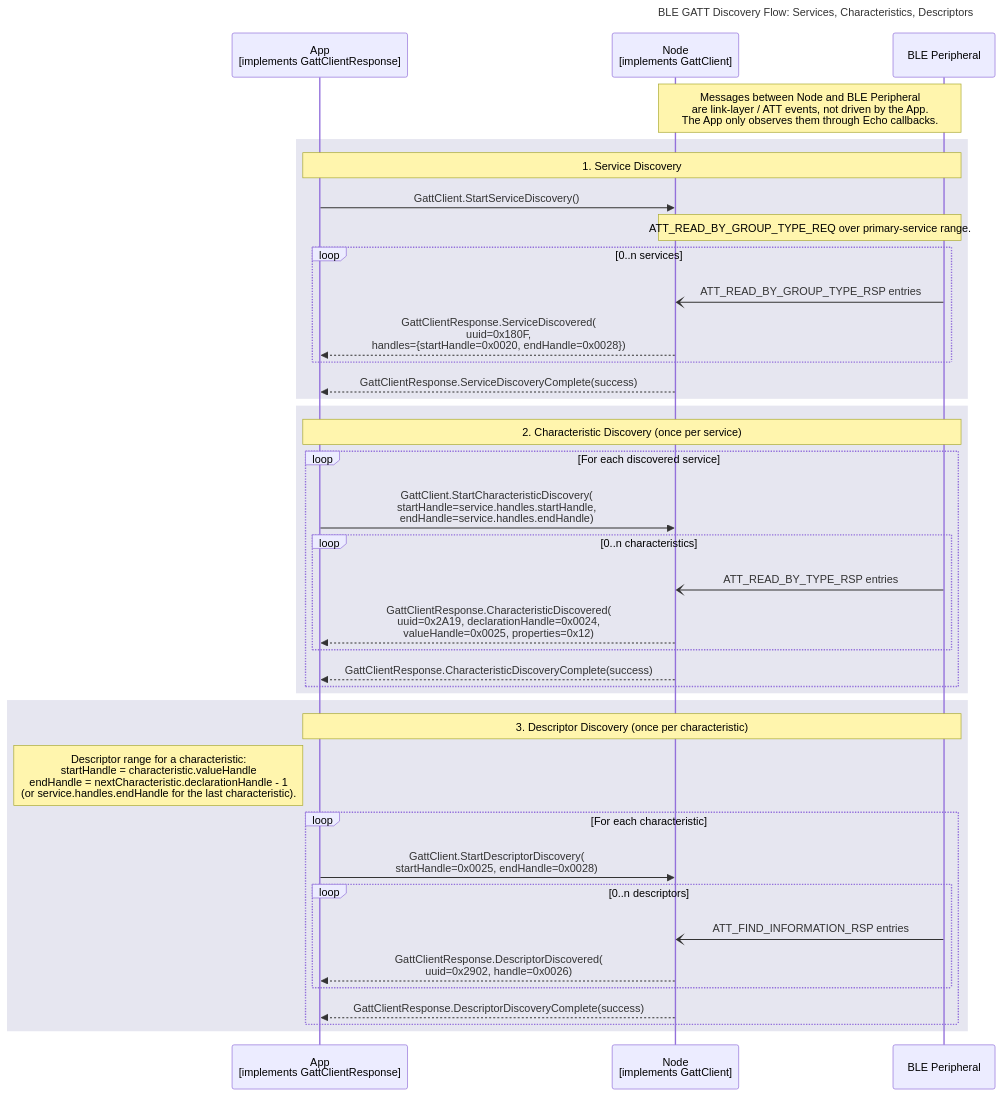
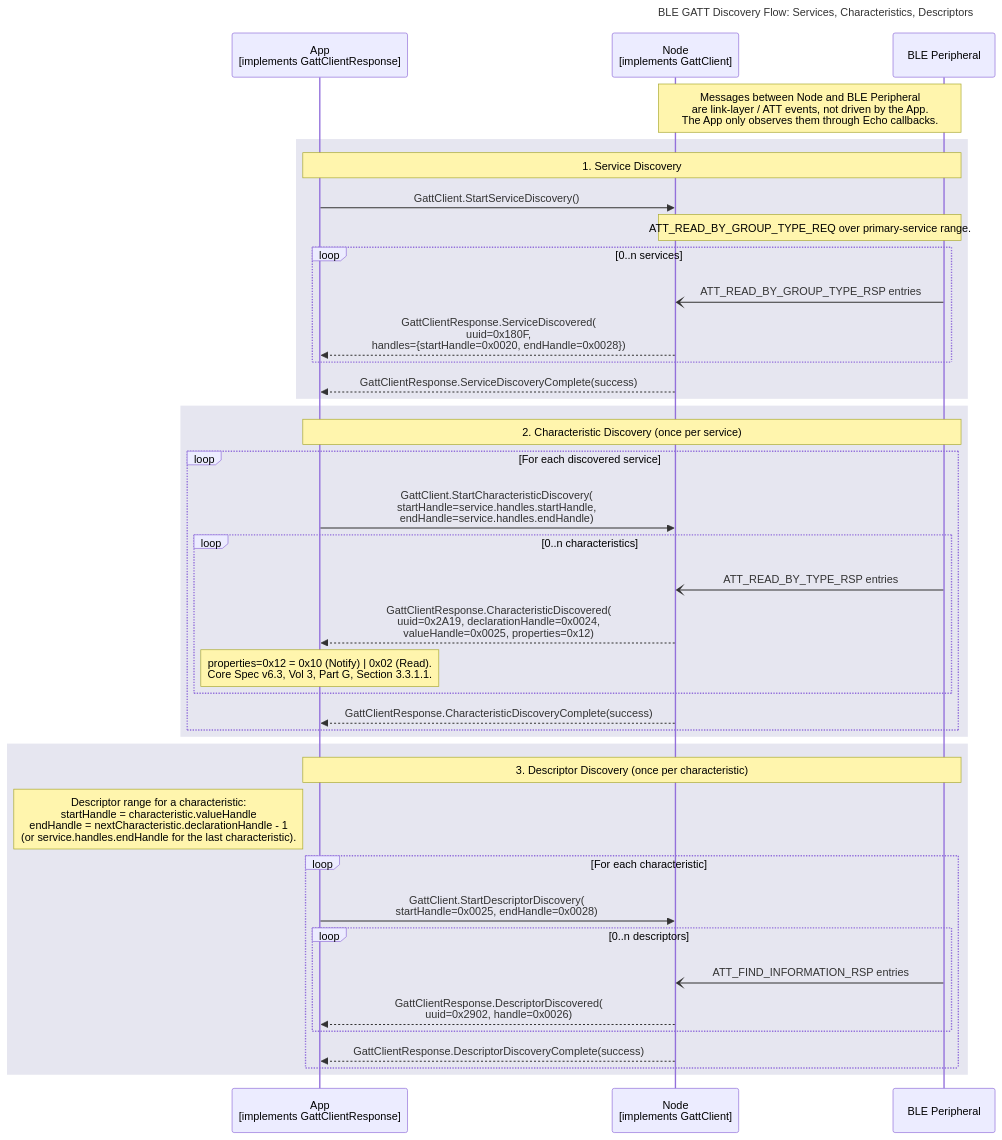
Before and after one commit to philips-software/amp-embedded-infra-lib: the diagram in documents/modules/ROOT/partials/echoservices/gatt_client/GattClient_DiscoveryFlow_sequence.mmd, drawn with Mermaid. The commit also changed 11 other files, not shown here.

```diff
--- a/documents/modules/ROOT/partials/echoservices/gatt_client/GattClient_DiscoveryFlow_sequence.mmd
+++ b/documents/modules/ROOT/partials/echoservices/gatt_client/GattClient_DiscoveryFlow_sequence.mmd
@@ -1,44 +1,45 @@
 sequenceDiagram
     title BLE GATT Discovery Flow: Services, Characteristics, Descriptors
 
     participant App as App<br>[implements GattClientResponse]
     participant Node as Node<br>[implements GattClient]
     participant Peripheral as BLE Peripheral
 
     Note over Node, Peripheral: Messages between Node and BLE Peripheral<br>are link-layer / ATT events, not driven by the App.<br>The App only observes them through Echo callbacks.
 
     rect rgb(230, 230, 240)
         note over App, Peripheral: 1. Service Discovery
         App->>Node: GattClient.StartServiceDiscovery()
         Note over Node, Peripheral: ATT_READ_BY_GROUP_TYPE_REQ over primary-service range.
         loop 0..n services
             Peripheral-)Node: ATT_READ_BY_GROUP_TYPE_RSP entries
             Node-->>App: GattClientResponse.ServiceDiscovered(<br>uuid=0x180F,<br>handles={startHandle=0x0020, endHandle=0x0028})
         end
         Node-->>App: GattClientResponse.ServiceDiscoveryComplete(success)
     end
 
     rect rgb(230, 230, 240)
         note over App, Peripheral: 2. Characteristic Discovery (once per service)
         loop For each discovered service
             App->>Node: GattClient.StartCharacteristicDiscovery(<br>startHandle=service.handles.startHandle,<br>endHandle=service.handles.endHandle)
             loop 0..n characteristics
                 Peripheral-)Node: ATT_READ_BY_TYPE_RSP entries
                 Node-->>App: GattClientResponse.CharacteristicDiscovered(<br>uuid=0x2A19, declarationHandle=0x0024,<br>valueHandle=0x0025, properties=0x12)
+                note over App: properties=0x12 = 0x10 (Notify) | 0x02 (Read).<br>Core Spec v6.3, Vol 3, Part G, Section 3.3.1.1.
             end
             Node-->>App: GattClientResponse.CharacteristicDiscoveryComplete(success)
         end
     end
 
     rect rgb(230, 230, 240)
         note over App, Peripheral: 3. Descriptor Discovery (once per characteristic)
         note left of App: Descriptor range for a characteristic:<br>startHandle = characteristic.valueHandle<br>endHandle = nextCharacteristic.declarationHandle - 1<br>(or service.handles.endHandle for the last characteristic).
         loop For each characteristic
             App->>Node: GattClient.StartDescriptorDiscovery(<br>startHandle=0x0025, endHandle=0x0028)
             loop 0..n descriptors
                 Peripheral-)Node: ATT_FIND_INFORMATION_RSP entries
                 Node-->>App: GattClientResponse.DescriptorDiscovered(<br>uuid=0x2902, handle=0x0026)
             end
             Node-->>App: GattClientResponse.DescriptorDiscoveryComplete(success)
         end
     end
```
